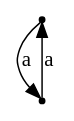
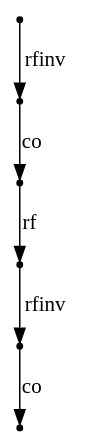
Before and after one commit to jangreen/rat: the diagram in output/counterexample.dot, drawn with Graphviz. The commit also changed 32 other files, not shown here.

```diff
--- a/output/counterexample.dot
+++ b/output/counterexample.dot
@@ -1,4 +1,7 @@
 digraph { node[shape="point"]
-N0 -> N3[label = "a"];
-N3 -> N0[label = "a"];
+N29 -> N32[label = "rfinv"];
+N32 -> N1[label = "co"];
+N23 -> N29[label = "rf"];
+N20 -> N23[label = "co"];
+N0 -> N20[label = "rfinv"];
 }
```
